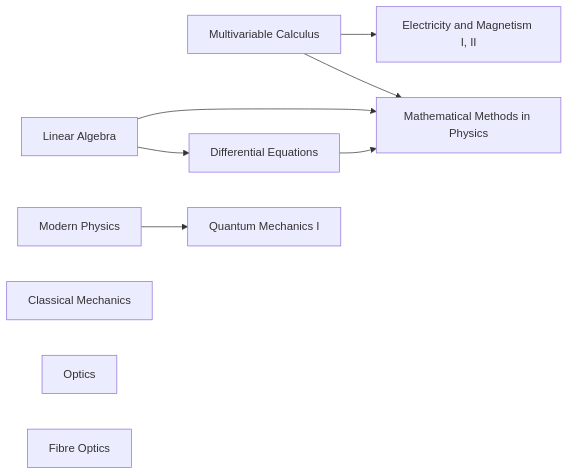
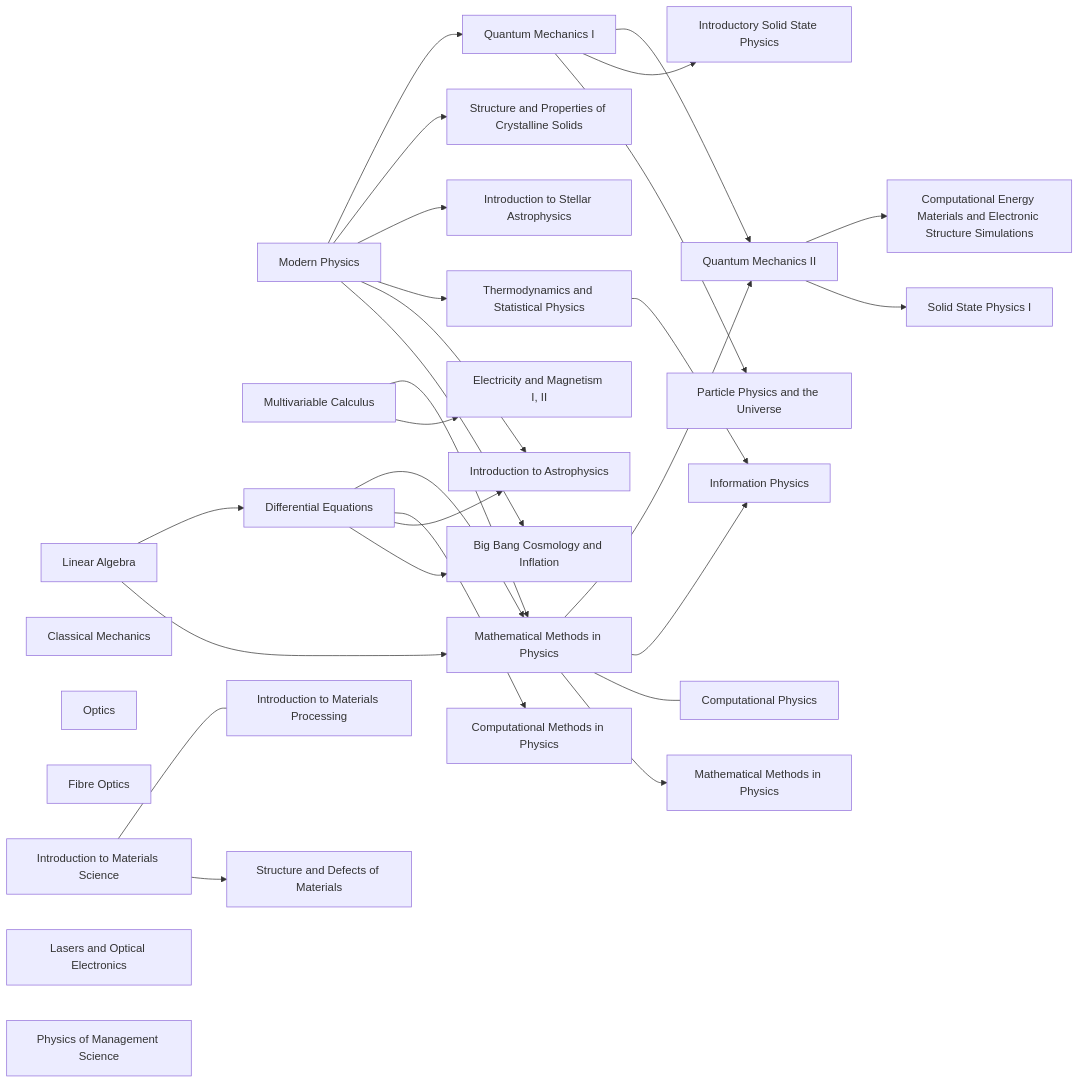
One commit to q-inho/q-inho.github.io changed the second of 2 diagrams in _posts/Physics/Mathematical Physics/2022-01-25-First-post-in-Mathematical-Physics.md. Above: the diagram before and after it, drawn with Mermaid.

```diff
--- a/_posts/Physics/Mathematical Physics/2022-01-25-First-post-in-Mathematical-Physics.md
+++ b/_posts/Physics/Mathematical Physics/2022-01-25-First-post-in-Mathematical-Physics.md
@@ -28,15 +28,33 @@
 <div class="mermaid"> 
       graph LR
         PHYS2022[Modern Physics]
         MATH2023[Multivariable Calculus]
         MATH2121[Linear Algebra] --> MATH2352[Differential Equations]
         MATH2023 & MATH2121 & MATH2352 --> PHYS3031[Mathematical Methods in Physics]
         PHYS3032[Classical Mechanics]
         MATH2023 --> PHYS3033[Electricity and Magnetism I, II]
         PHYS2022 --> PHYS3036[Quantum Mechanics I]
         PHYS3038[Optics]
         PHYS3039[Fibre Optics]
+        PHYS3040[Introduction to Materials Science] --- PHYS3041[Introduction to Materials Processing]
+        PHYS2022 --> PHYS3042[Structure and Properties of Crystalline Solids]
+        PHYS2022 --> PHYS3071[Introduction to Stellar Astrophysics]
+        MATH2352 --> PHYS3142[Computational Methods in Physics]
+        PHYS2022 --> PHYS4050[Thermodynamics and Statistical Physics]
+        PHYS3031 & PHYS3036 --> PHYS4051[Quantum Mechanics II]
+        PHYS3036 --> PHYS4052[Introductory Solid State Physics]
+        PHYS4053[Lasers and Optical Electronics]
+        PHYS2022 & MATH2352 --> PHYS4054[Introduction to Astrophysics]
+        PHYS3036 --> PHYS4055[Particle Physics and the Universe]
+        PHYS3040 --> PHYS4057[Structure and Defects of Materials]
+        PHYS3031 & PHYS4050 --> PHYS4058[Information Physics]
+        PHYS4059[Physics of Management Science]
+        PHYS3031 --- PHYS4060[Computational Physics]
+        PHYS2022 & MATH2352 --> PHYS4071[Big Bang Cosmology and Inflation]
+        PHYS3031 --> PHYS5110[Mathematical Methods in Physics]
+        PHYS4051 --> PHYS5120[Computational Energy Materials and Electronic Structure Simulations]
+        PHYS4051 --> PHYS5170[Solid State Physics I]
 
 
 
 </div>
```
